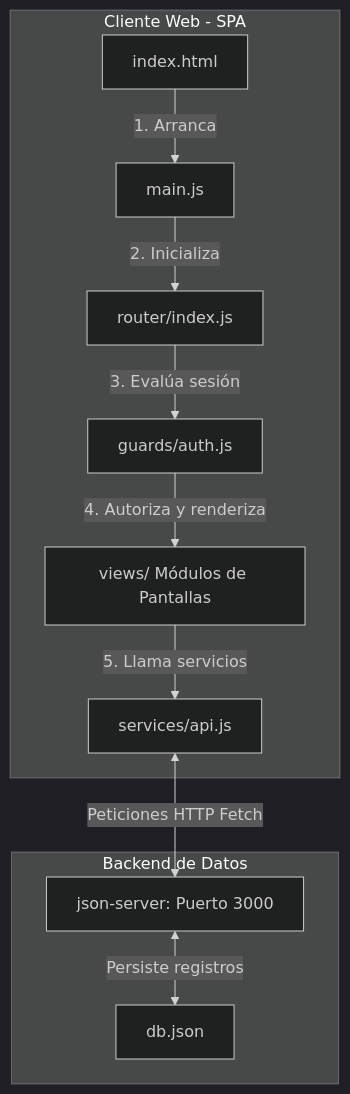
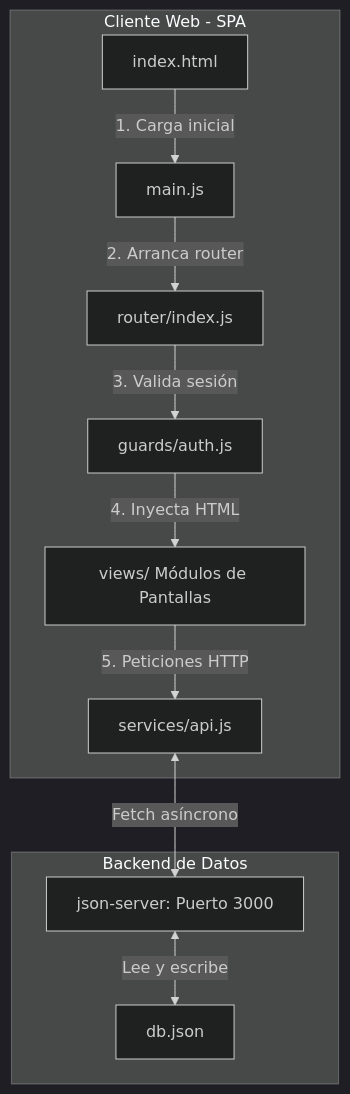
One commit to juanjo2409/pruebaJavaS changed the diagram in sustentacion.md. Above: the diagram before and after it, drawn with Mermaid (dark theme). The commit also changed other lines of this file and 1 other file, not shown here.

Commit message:
Documentacion: Guia de sustentacion ampliada con explicacion detallada de vistas, persistencia, consumo de API y seguridad

````diff
--- a/sustentacion.md
+++ b/sustentacion.md
@@ -21,14 +22,14 @@
 ```mermaid
 graph TD
     subgraph Navegador [Cliente Web - SPA]
-        A[index.html] -->|1. Arranca| B[main.js]
-        B -->|2. Inicializa| C[router/index.js]
-        C -->|3. Evalúa sesión| D[guards/auth.js]
-        D -->|4. Autoriza y renderiza| E[views/ Módulos de Pantallas]
-        E -->|5. Llama servicios| F[services/api.js]
-    end
-    subgraph Servidor [Backend de Datos]
-        F <-->|Peticiones HTTP Fetch| G[json-server: Puerto 3000]
-        G <-->|Persiste registros| H[db.json]
-    end
+        A[index.html] -->|1. Carga inicial| B[main.js]
+        B -->|2. Arranca router| C[router/index.js]
+        C -->|3. Valida sesión| D[guards/auth.js]
+        D -->|4. Inyecta HTML| E[views/ Módulos de Pantallas]
+        E -->|5. Peticiones HTTP| F[services/api.js]
+      end
+      subgraph Servidor [Backend de Datos]
+        F <-->|Fetch asíncrono| G[json-server: Puerto 3000]
+        G <-->|Lee y escribe| H[db.json]
+      end
 ```
````
